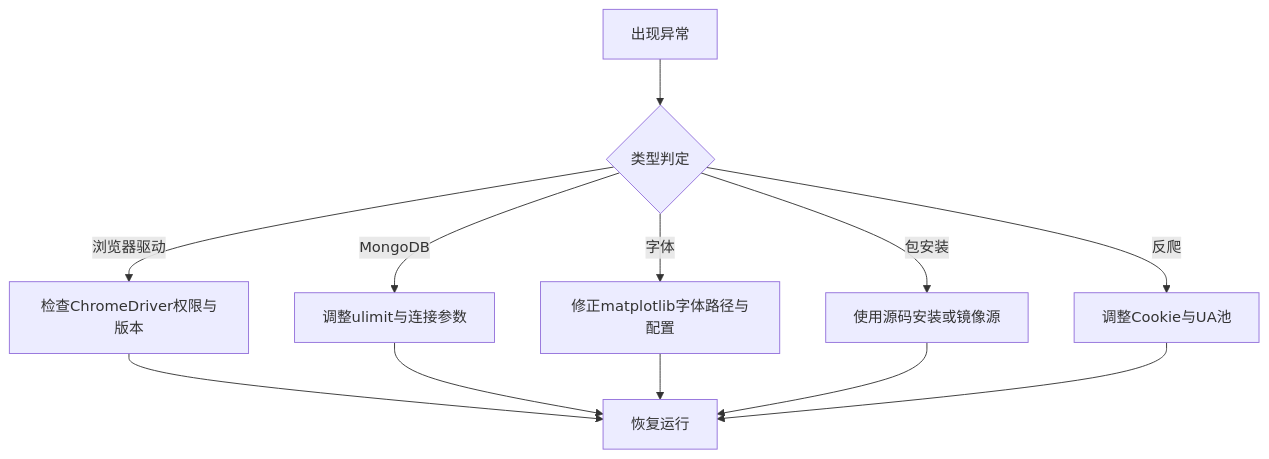
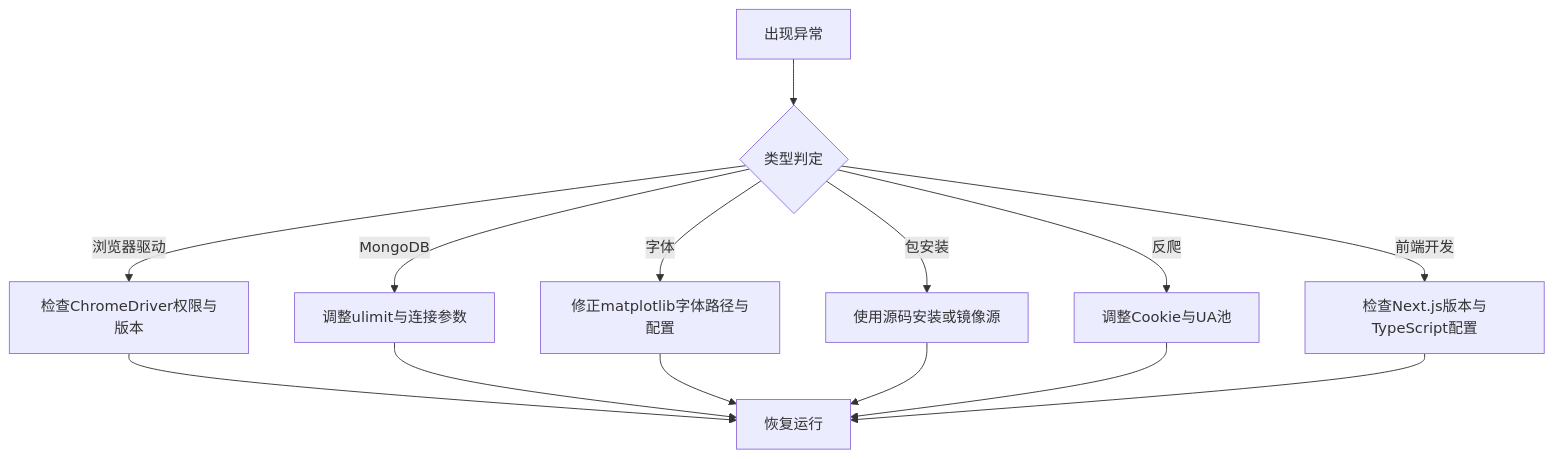
Before and after one commit to xuanyuansen/company-news-crawl-and-text-analysis: the tenth of 10 diagrams in .qoder/repowiki/zh/content/开发指南/开发工具与环境配置.md, drawn with Mermaid. The commit also changed other lines of this file and 17 other files, not shown here.

````diff
--- a/.qoder/repowiki/zh/content/开发指南/开发工具与环境配置.md
+++ b/.qoder/repowiki/zh/content/开发指南/开发工具与环境配置.md
@@ -318,14 +410,16 @@
 ```mermaid
 flowchart TD
 A["出现异常"] --> B{"类型判定"}
 B --> |浏览器驱动| C["检查ChromeDriver权限与版本"]
 B --> |MongoDB| D["调整ulimit与连接参数"]
 B --> |字体| E["修正matplotlib字体路径与配置"]
 B --> |包安装| F["使用源码安装或镜像源"]
 B --> |反爬| G["调整Cookie与UA池"]
-C --> H["恢复运行"]
-D --> H
-E --> H
-F --> H
-G --> H
+B --> |前端开发| H["检查Next.js版本与TypeScript配置"]
+C --> I["恢复运行"]
+D --> I
+E --> I
+F --> I
+G --> I
+H --> I
 ```
````
